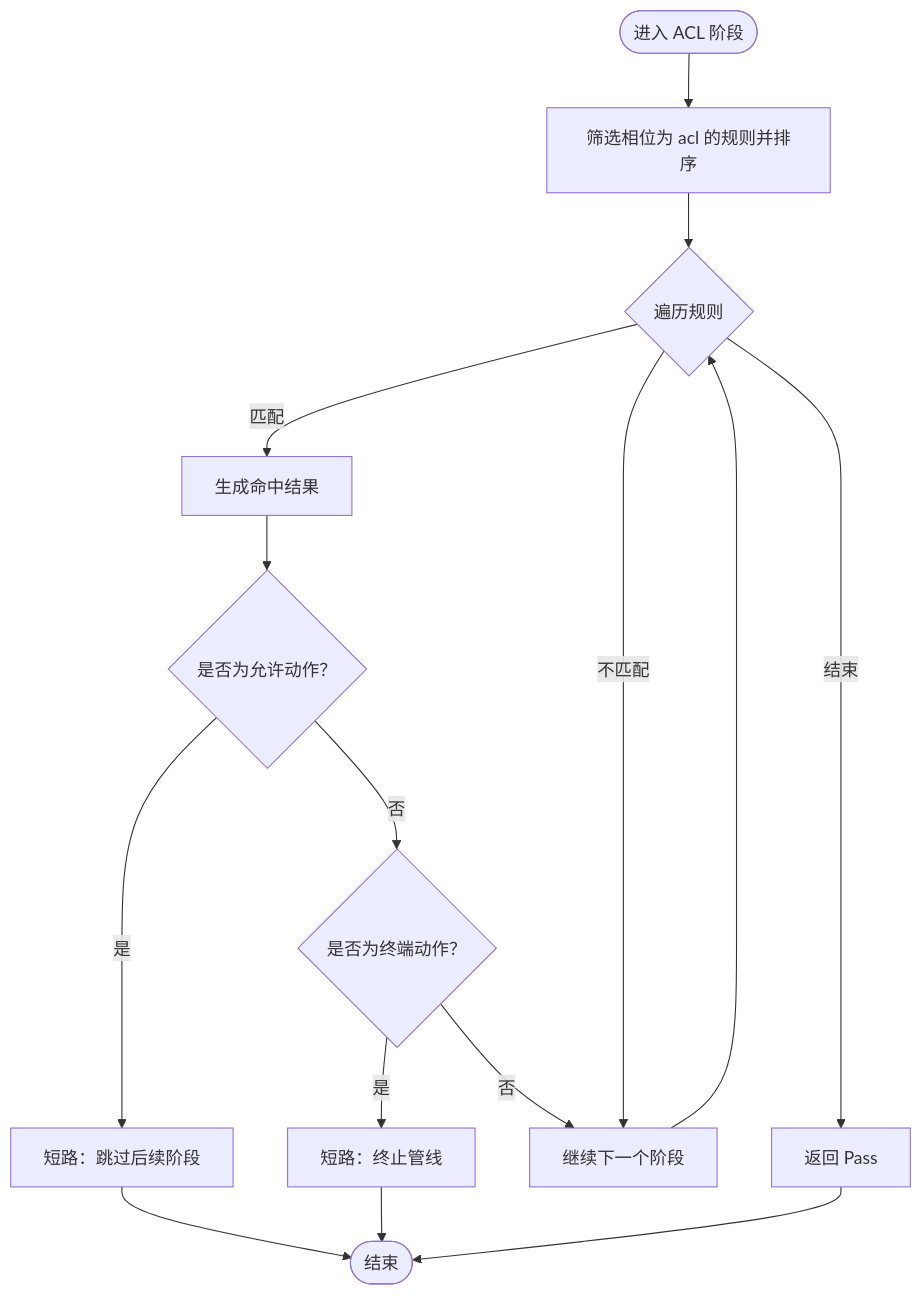
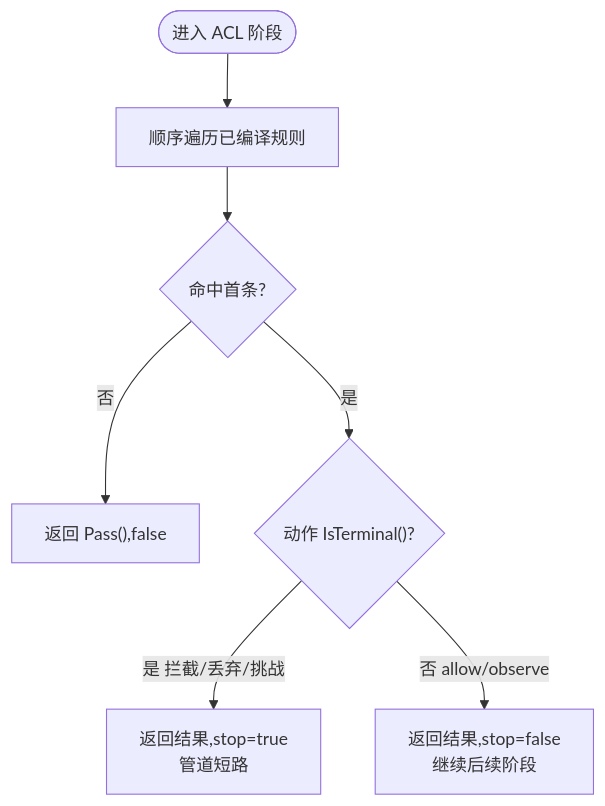
One commit to x01n/My-OpenWaf changed the third of 5 diagrams in docs/WAF 引擎系统/处理阶段详解/ACL 访问控制阶段.md. Above: the diagram before and after it, drawn with Mermaid. The commit also changed other lines of this file and 622 other files, not shown here.

````diff
--- a/docs/WAF 引擎系统/处理阶段详解/ACL 访问控制阶段.md
+++ b/docs/WAF 引擎系统/处理阶段详解/ACL 访问控制阶段.md
@@ -147,17 +147,9 @@
 ```mermaid
 flowchart TD
-Start(["进入 ACL 阶段"]) --> Filter["筛选相位为 acl 的规则并排序"]
-Filter --> Loop{"遍历规则"}
-Loop --> |匹配| Hit["生成命中结果"]
-Hit --> IsAllow{"是否为允许动作？"}
-IsAllow --> |是| ShortCircuit["短路：跳过后续阶段"]
-IsAllow --> |否| IsTerminal{"是否为终端动作？"}
-IsTerminal --> |是| Stop["短路：终止管线"]
-IsTerminal --> |否| Next["继续下一个阶段"]
-Loop --> |不匹配| Next
-Next --> Loop
-Loop --> |结束| Pass["返回 Pass"]
-ShortCircuit --> End(["结束"])
-Stop --> End
-Pass --> End
+Start(["进入 ACL 阶段"]) --> Loop["顺序遍历已编译规则"]
+Loop --> Match{"命中首条?"}
+Match --> |否| Pass["返回 Pass(),false"]
+Match --> |是| Terminal{"动作 IsTerminal()?"}
+Terminal --> |是 拦截/丢弃/挑战| Stop["返回结果,stop=true<br>管道短路"]
+Terminal --> |否 allow/observe| Cont["返回结果,stop=false<br>继续后续阶段"]
 ```
````
